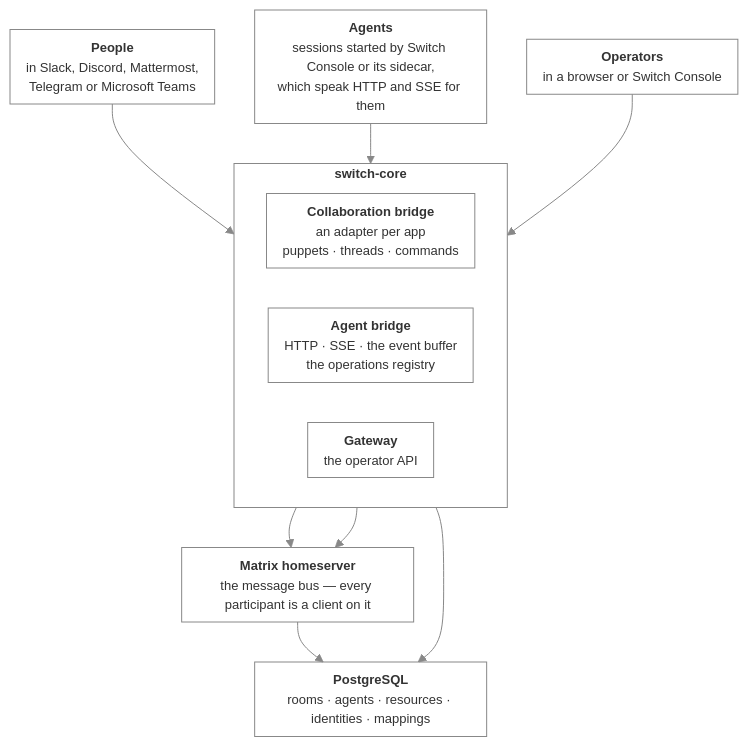
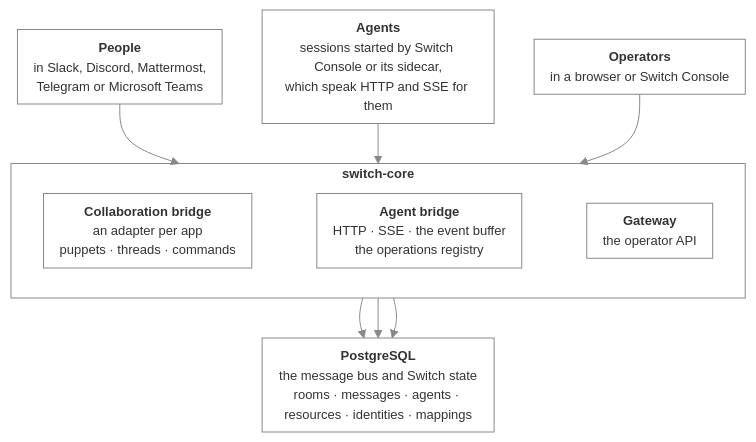
Before and after one commit to Chris-Willis/switch: the diagram in docs/official/internals/index.md, drawn with Mermaid. The commit also changed other lines of this file and 47 other files, not shown here.

````diff
--- a/docs/official/internals/index.md
+++ b/docs/official/internals/index.md
@@ -13,30 +13,29 @@
 ```mermaid
 %%{init: {'themeVariables': {'fontSize': '13px'}, 'flowchart': {'padding': 8, 'nodeSpacing': 40, 'rankSpacing': 40}}}%%
 flowchart TB
   people["<b>People</b><br/>in Slack, Discord, Mattermost,<br/>Telegram or Microsoft Teams"]
   agents["<b>Agents</b><br/>sessions started by Switch Console or its sidecar,<br/>which speak HTTP and SSE for them"]
   operators["<b>Operators</b><br/>in a browser or Switch Console"]
 
   subgraph core["<b>switch-core</b>"]
     direction LR
     collab["<b>Collaboration bridge</b><br/>an adapter per app<br/>puppets · threads · commands"]
     agentbridge["<b>Agent bridge</b><br/>HTTP · SSE · the event buffer<br/>the operations registry"]
     gateway["<b>Gateway</b><br/>the operator API"]
+    collab ~~~ agentbridge ~~~ gateway
   end
 
-  matrix["<b>Matrix homeserver</b><br/>the message bus — every participant is a client on it"]
-  store["<b>PostgreSQL</b><br/>rooms · agents · resources · identities · mappings"]
+  store["<b>PostgreSQL</b><br/>the message bus and Switch state<br/>rooms · messages · agents · resources · identities · mappings"]
 
   people --> collab
   agents --> agentbridge
   operators --> gateway
-  collab --> matrix
-  agentbridge --> matrix
+  collab --> store
+  agentbridge --> store
   gateway --> store
-  matrix --> store
 
   classDef plain fill:none,stroke:#888888,stroke-width:1px
-  class people,agents,operators,collab,agentbridge,gateway,matrix,store plain
+  class people,agents,operators,collab,agentbridge,gateway,store plain
   style core fill:none,stroke:#888888,stroke-width:1px
   linkStyle default stroke:#888888
 ```
````
